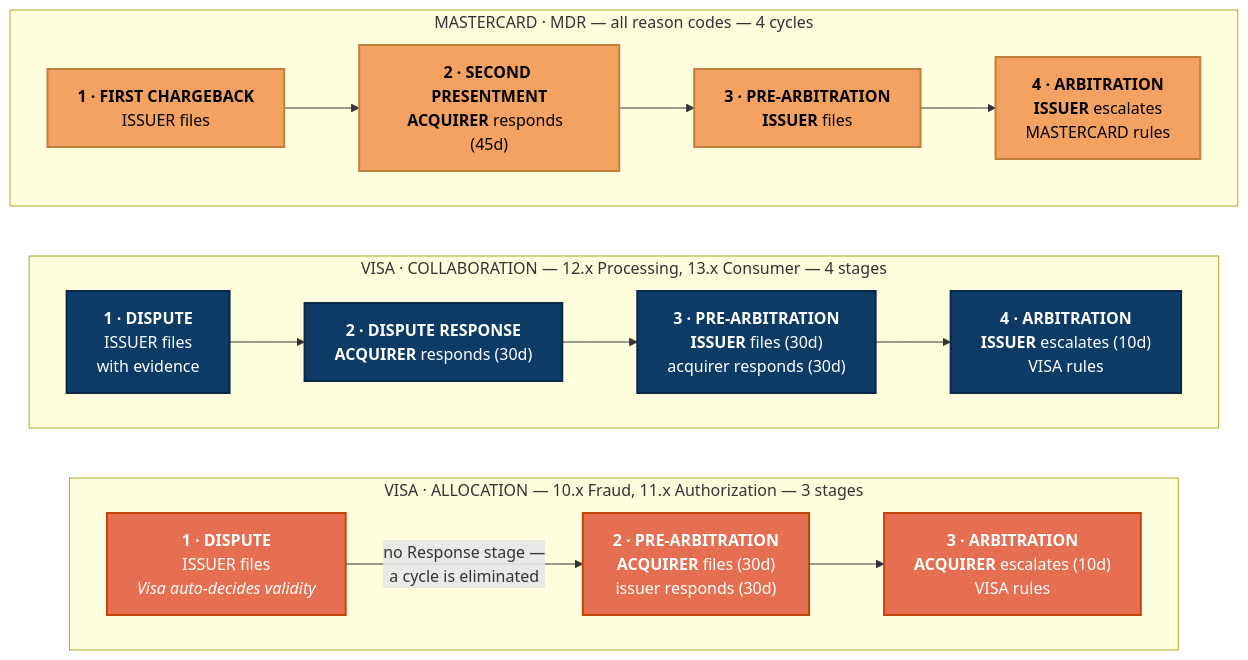
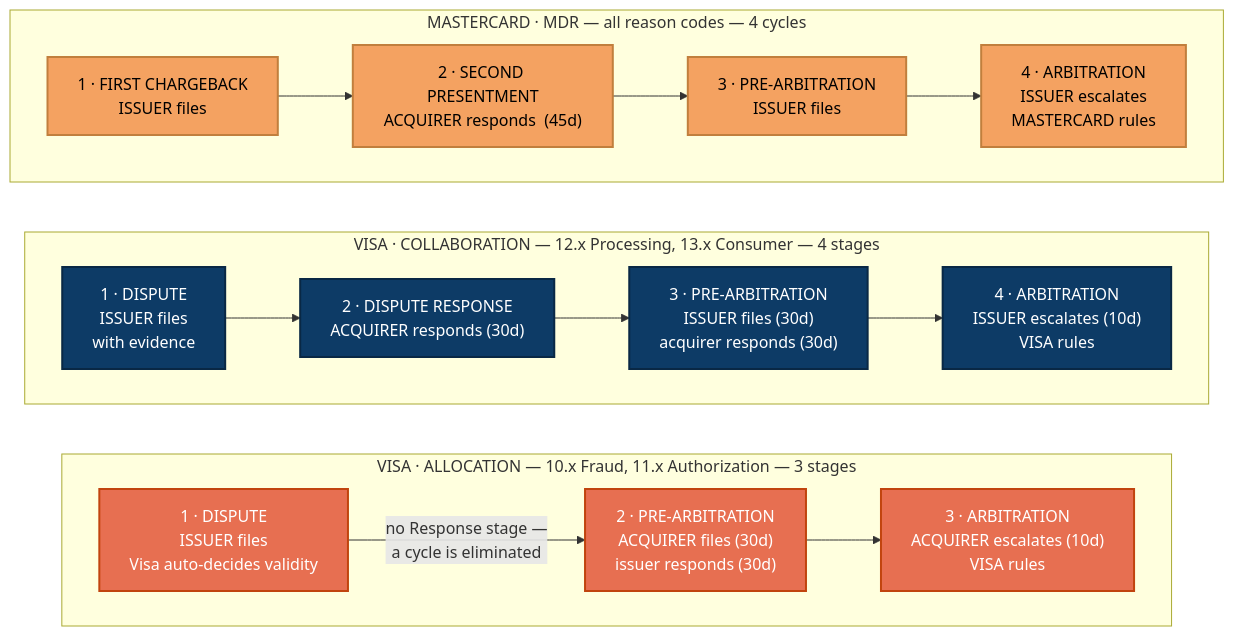
Before and after one commit to bmageshvec/poc-claims-resolution: the first of 8 diagrams in docs/scheme-lifecycles-and-customer-journeys.md, drawn with Mermaid. The commit also changed other lines of this file and 32 other files, not shown here.

````diff
--- a/docs/scheme-lifecycles-and-customer-journeys.md
+++ b/docs/scheme-lifecycles-and-customer-journeys.md
@@ -63,35 +63,35 @@
 ```mermaid
 flowchart LR
     subgraph ALLOC["VISA · ALLOCATION — 10.x Fraud, 11.x Authorization — 3 stages"]
         direction LR
-        A1["<b>1 · DISPUTE</b><br/>ISSUER files<br/><i>Visa auto-decides validity</i>"]
-        A2["<b>2 · PRE-ARBITRATION</b><br/><b>ACQUIRER</b> files  (30d)<br/>issuer responds  (30d)"]
-        A3["<b>3 · ARBITRATION</b><br/><b>ACQUIRER</b> escalates  (10d)<br/>VISA rules"]
+        A1["1 · DISPUTE<br/>ISSUER files<br/>Visa auto-decides validity"]
+        A2["2 · PRE-ARBITRATION<br/>ACQUIRER files  (30d)<br/>issuer responds  (30d)"]
+        A3["3 · ARBITRATION<br/>ACQUIRER escalates  (10d)<br/>VISA rules"]
         A1 -->|"no Response stage —<br/>a cycle is eliminated"| A2 --> A3
     end
 
     subgraph COLLAB["VISA · COLLABORATION — 12.x Processing, 13.x Consumer — 4 stages"]
         direction LR
-        C1["<b>1 · DISPUTE</b><br/>ISSUER files<br/>with evidence"]
-        C2["<b>2 · DISPUTE RESPONSE</b><br/><b>ACQUIRER</b> responds  (30d)"]
-        C3["<b>3 · PRE-ARBITRATION</b><br/><b>ISSUER</b> files  (30d)<br/>acquirer responds  (30d)"]
-        C4["<b>4 · ARBITRATION</b><br/><b>ISSUER</b> escalates  (10d)<br/>VISA rules"]
+        C1["1 · DISPUTE<br/>ISSUER files<br/>with evidence"]
+        C2["2 · DISPUTE RESPONSE<br/>ACQUIRER responds  (30d)"]
+        C3["3 · PRE-ARBITRATION<br/>ISSUER files  (30d)<br/>acquirer responds  (30d)"]
+        C4["4 · ARBITRATION<br/>ISSUER escalates  (10d)<br/>VISA rules"]
         C1 --> C2 --> C3 --> C4
     end
 
     subgraph MDR["MASTERCARD · MDR — all reason codes — 4 cycles"]
         direction LR
-        M1["<b>1 · FIRST CHARGEBACK</b><br/>ISSUER files"]
-        M2["<b>2 · SECOND PRESENTMENT</b><br/><b>ACQUIRER</b> responds  (45d)"]
-        M3["<b>3 · PRE-ARBITRATION</b><br/><b>ISSUER</b> files"]
-        M4["<b>4 · ARBITRATION</b><br/><b>ISSUER</b> escalates<br/>MASTERCARD rules"]
+        M1["1 · FIRST CHARGEBACK<br/>ISSUER files"]
+        M2["2 · SECOND PRESENTMENT<br/>ACQUIRER responds  (45d)"]
+        M3["3 · PRE-ARBITRATION<br/>ISSUER files"]
+        M4["4 · ARBITRATION<br/>ISSUER escalates<br/>MASTERCARD rules"]
         M1 --> M2 --> M3 --> M4
     end
 
     classDef alloc fill:#e76f51,color:#fff,stroke:#c1440e,stroke-width:2px
     classDef collab fill:#0d3b66,color:#fff,stroke:#092845,stroke-width:2px
     classDef mdr fill:#f4a261,color:#000,stroke:#c17f3d,stroke-width:2px
     class A1,A2,A3 alloc
     class C1,C2,C3,C4 collab
     class M1,M2,M3,M4 mdr
 ```
````
